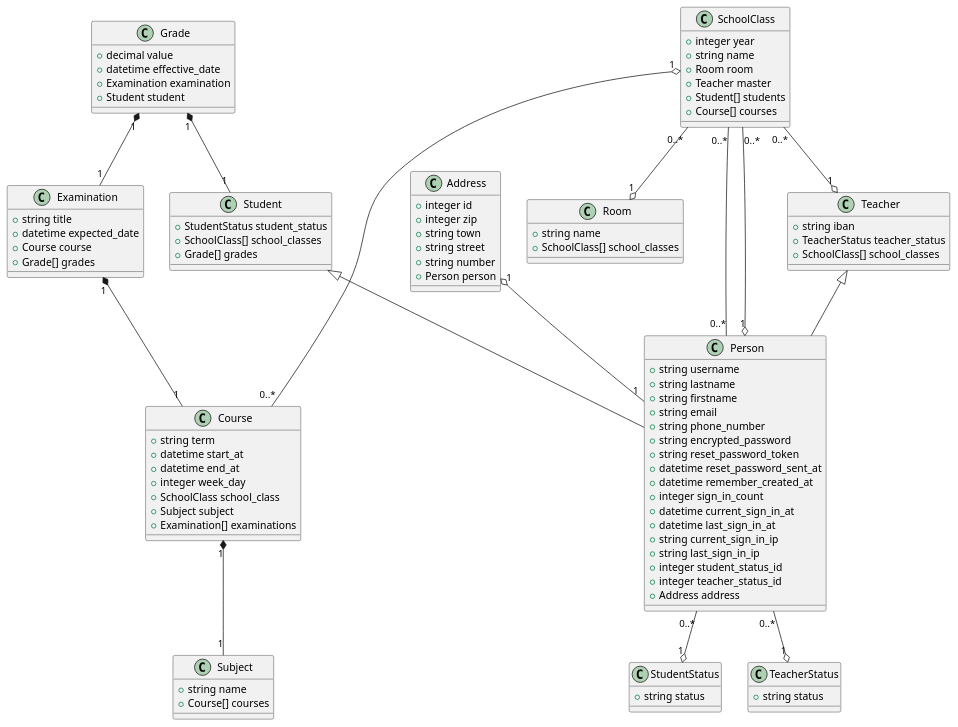
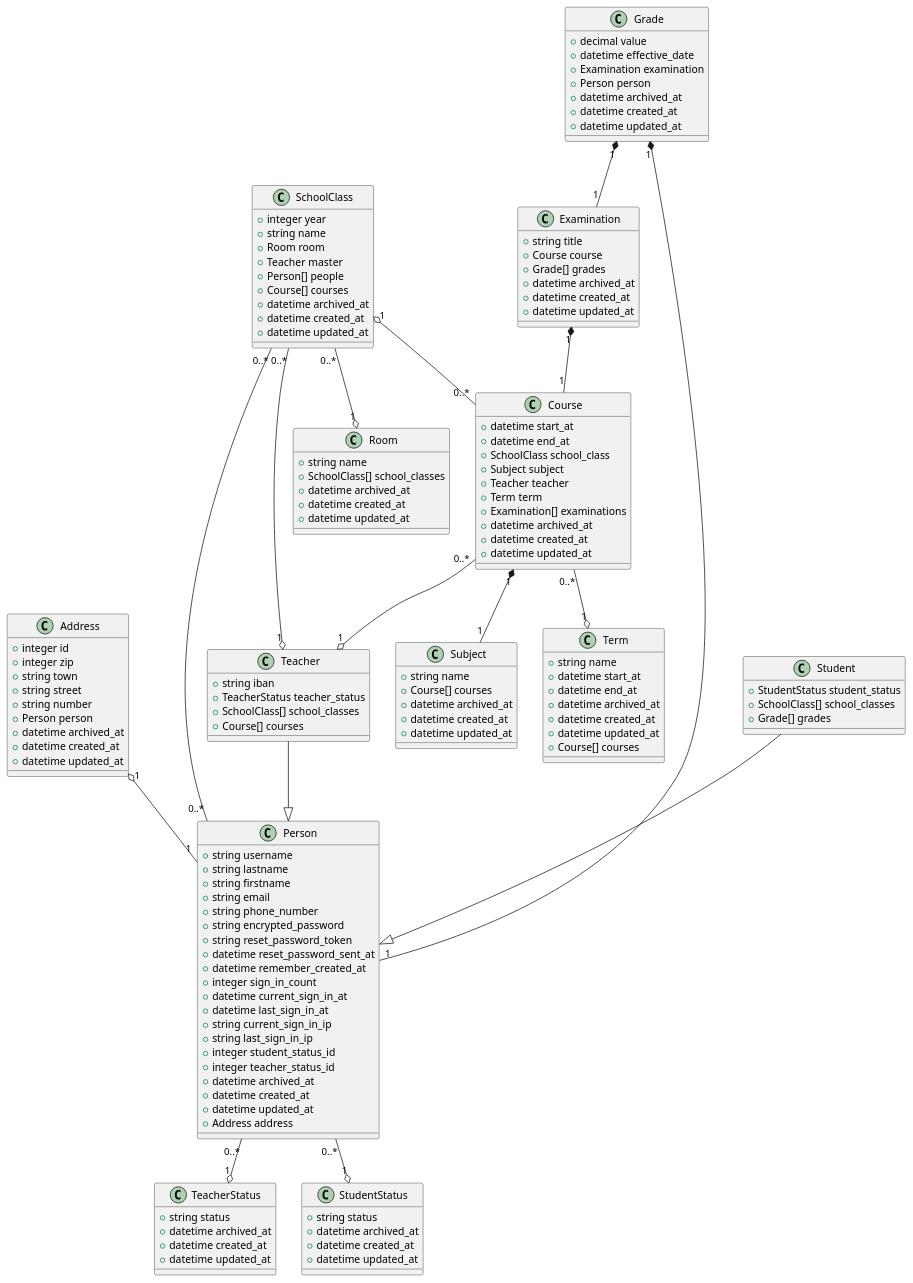
One commit to EliottJaquierEdu/ROR changed the diagram in doc/class-diagram.puml. Above: the diagram before and after it, drawn with PlantUML. The commit also changed 1 other file, not shown here.

Commit message:
Improve class diagram / export it

```diff
--- a/doc/class-diagram.puml
+++ b/doc/class-diagram.puml
@@ -1,111 +1,152 @@
 @startuml
 
 class Address {
   +integer id
   +integer zip
   +string town
   +string street
   +string number
   +Person person
+  +datetime archived_at
+  +datetime created_at
+  +datetime updated_at
 }
 
 class Person {
   +string username
   +string lastname
   +string firstname
   +string email
   +string phone_number
   +string encrypted_password
   +string reset_password_token
   +datetime reset_password_sent_at
   +datetime remember_created_at
   +integer sign_in_count
   +datetime current_sign_in_at
   +datetime last_sign_in_at
   +string current_sign_in_ip
   +string last_sign_in_ip
   +integer student_status_id
   +integer teacher_status_id
+  +datetime archived_at
+  +datetime created_at
+  +datetime updated_at
   +Address address
 }
 
 class Teacher {
   +string iban
   +TeacherStatus teacher_status
   +SchoolClass[] school_classes
+  +Course[] courses
 }
 
 class Student {
   +StudentStatus student_status
   +SchoolClass[] school_classes
   +Grade[] grades
 }
 
 class SchoolClass {
   +integer year
   +string name
   +Room room
   +Teacher master
-  +Student[] students
+  +Person[] people
   +Course[] courses
+  +datetime archived_at
+  +datetime created_at
+  +datetime updated_at
 }
 
 class Course {
-  +string term
   +datetime start_at
   +datetime end_at
-  +integer week_day
   +SchoolClass school_class
   +Subject subject
+  +Teacher teacher
+  +Term term
   +Examination[] examinations
+  +datetime archived_at
+  +datetime created_at
+  +datetime updated_at
 }
 
 class Subject {
   +string name
   +Course[] courses
+  +datetime archived_at
+  +datetime created_at
+  +datetime updated_at
+}
+
+class Term {
+  +string name
+  +datetime start_at
+  +datetime end_at
+  +datetime archived_at
+  +datetime created_at
+  +datetime updated_at
+  +Course[] courses
 }
 
 class Examination {
   +string title
-  +datetime expected_date
   +Course course
   +Grade[] grades
+  +datetime archived_at
+  +datetime created_at
+  +datetime updated_at
 }
 
 class Grade {
   +decimal value
   +datetime effective_date
   +Examination examination
-  +Student student
+  +Person person
+  +datetime archived_at
+  +datetime created_at
+  +datetime updated_at
 }
 
 class Room {
   +string name
   +SchoolClass[] school_classes
+  +datetime archived_at
+  +datetime created_at
+  +datetime updated_at
 }
 
 class TeacherStatus {
   +string status
+  +datetime archived_at
+  +datetime created_at
+  +datetime updated_at
 }
 
 class StudentStatus {
   +string status
+  +datetime archived_at
+  +datetime created_at
+  +datetime updated_at
 }
 
 Address "1" o-- "1" Person
 Person "0..*" --o "1" StudentStatus
 Person "0..*" --o "1" TeacherStatus
 SchoolClass "0..*" -- "0..*" Person
 SchoolClass "0..*" --o "1" Room
-SchoolClass "0..*" --o "1" Person
+SchoolClass "0..*" --o "1" Teacher
 SchoolClass "1" o-- "0..*" Course
-SchoolClass "0..*" --o "1" Teacher
+Course "0..*" --o "1" Term
+Course "0..*" --o "1" Teacher
 Course "1" *-- "1" Subject
 Examination "1" *-- "1" Course
 Grade "1" *-- "1" Examination
-Grade "1" *-- "1" Student
+Grade "1" *-- "1" Person
 
-Teacher <|-- Person
-Student <|-- Person
+Teacher --|> Person
+Student --|> Person
 
 @enduml
```
